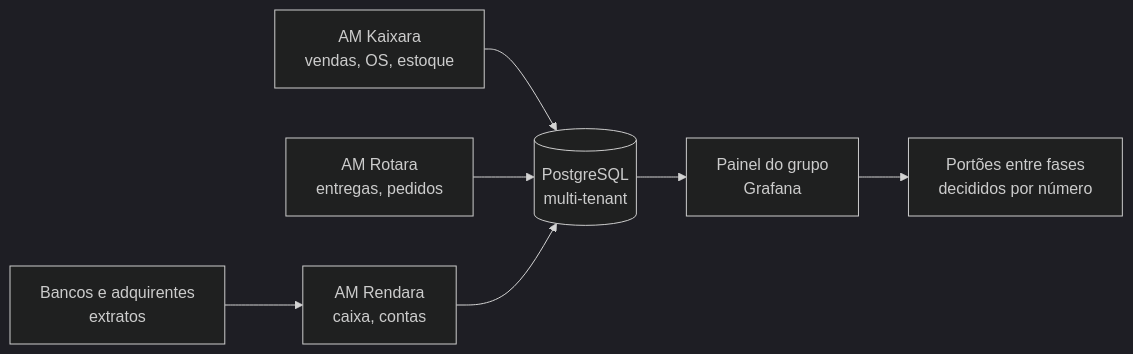
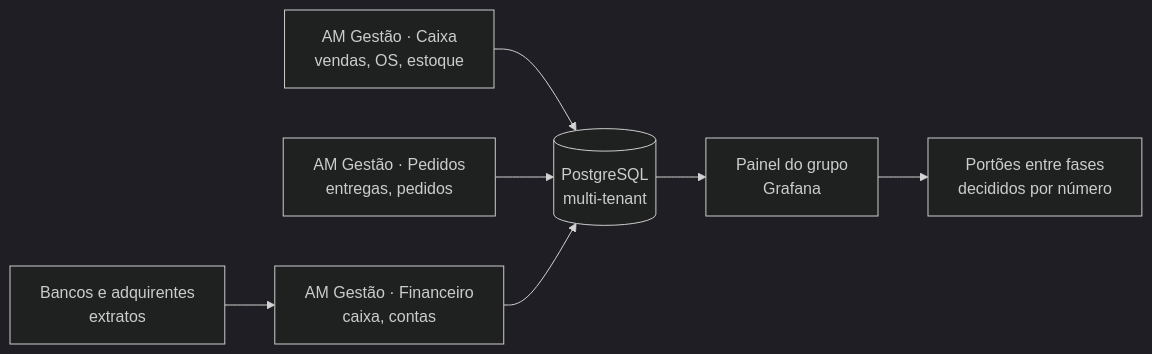
The diagram in docs/negocios/12-sistemas-do-grupo.md (AlanMateus17/dev-setup), drawn with Mermaid (dark theme) before and after one commit. The commit also changed other lines of this file and 78 other files, not shown here.

````diff
--- a/docs/negocios/12-sistemas-do-grupo.md
+++ b/docs/negocios/12-sistemas-do-grupo.md
@@ -19,9 +19,9 @@
 ```mermaid
 flowchart LR
-  K["AM Kaixara<br/>vendas, OS, estoque"] --> DB[("PostgreSQL<br/>multi-tenant")]
-  R["AM Rotara<br/>entregas, pedidos"] --> DB
-  F["AM Rendara<br/>caixa, contas"] --> DB
+  K["AM Gestão · Caixa<br/>vendas, OS, estoque"] --> DB[("PostgreSQL<br/>multi-tenant")]
+  R["AM Gestão · Pedidos<br/>entregas, pedidos"] --> DB
+  F["AM Gestão · Financeiro<br/>caixa, contas"] --> DB
   B["Bancos e adquirentes<br/>extratos"] --> F
   DB --> G["Painel do grupo<br/>Grafana"]
   G --> P["Portões entre fases<br/>decididos por número"]
 ```
````
